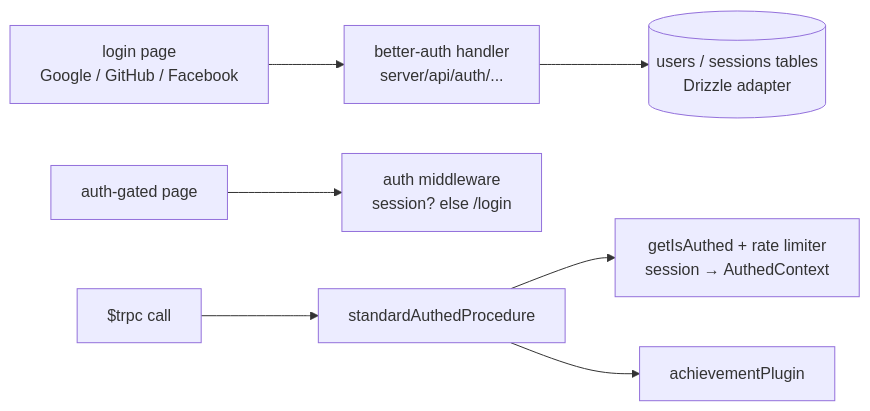
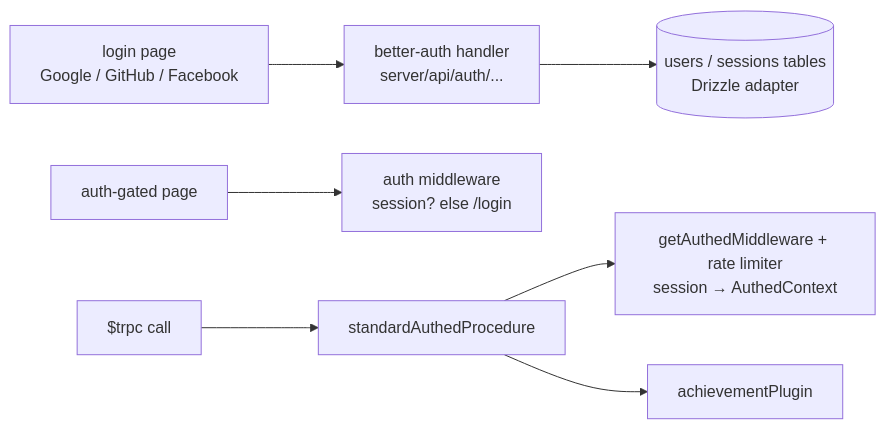
The diagram in packages/app/content/docs/architecture/auth.md (Esposter/Esposter), drawn with Mermaid before and after one commit. The commit also changed other lines of this file and 3 other files, not shown here.

````diff
--- a/packages/app/content/docs/architecture/auth.md
+++ b/packages/app/content/docs/architecture/auth.md
@@ -12,9 +12,9 @@
 ```mermaid
 flowchart LR
   login[login page<br/>Google / GitHub / Facebook] --> ba[better-auth handler<br/>server/api/auth/...]
   ba --> pg[(users / sessions tables<br/>Drizzle adapter)]
   page[auth-gated page] --> mw[auth middleware<br/>session? else /login]
   client[$trpc call] --> proc[standardAuthedProcedure]
-  proc --> isAuthed[getIsAuthed + rate limiter<br/>session → AuthedContext]
+  proc --> isAuthed[getAuthedMiddleware + rate limiter<br/>session → AuthedContext]
   proc --> plugin[achievementPlugin]
 ```
````
